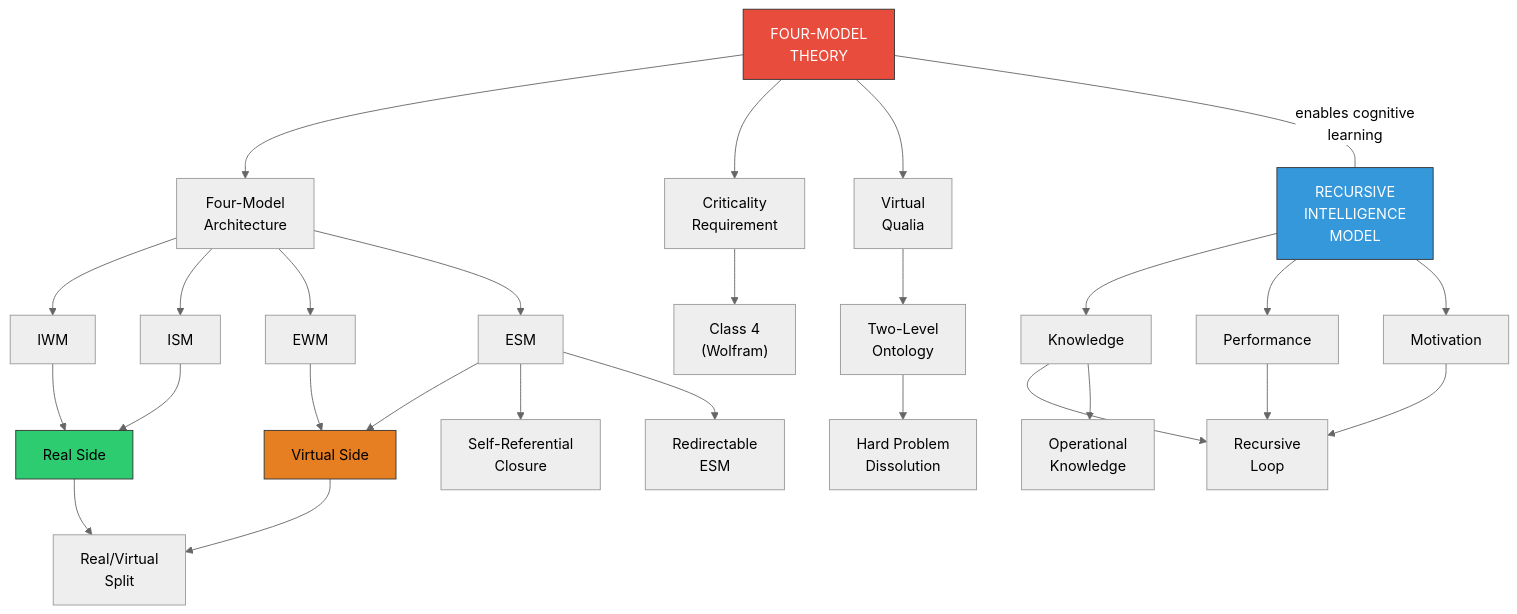
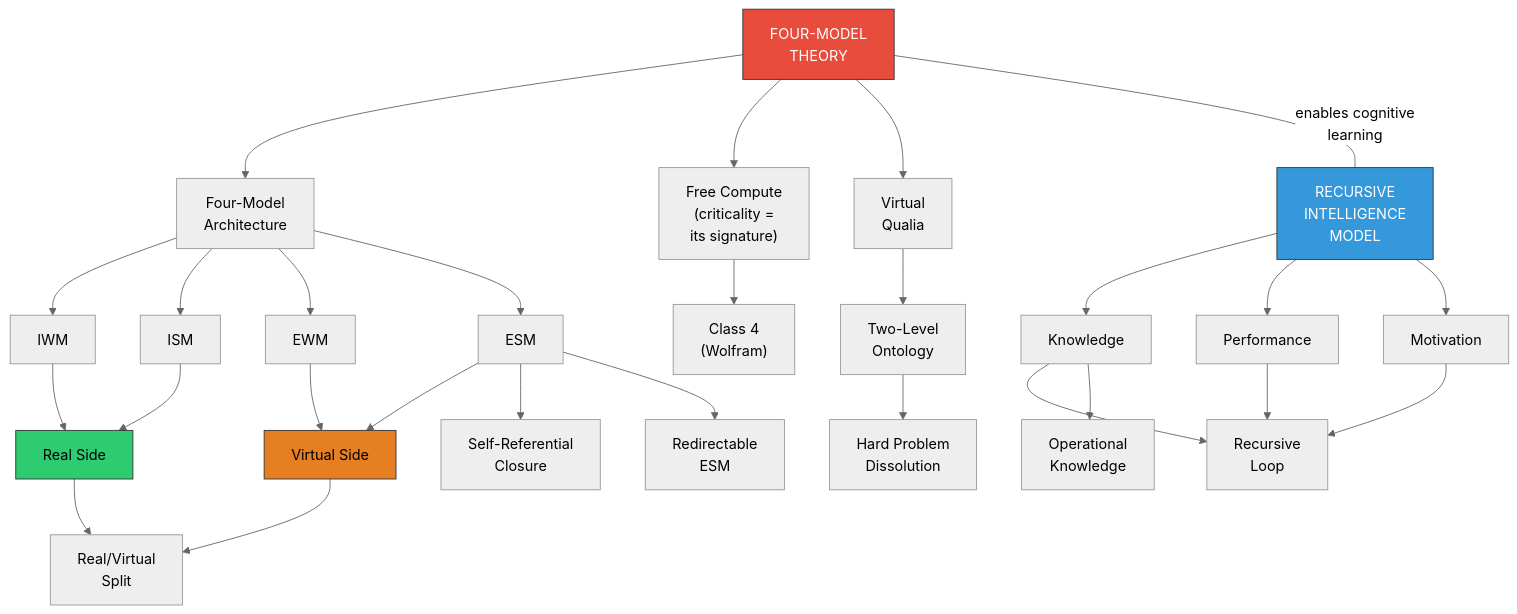
The diagram in wiki/reference/glossary.md (JeltzProstetnic/aIware), drawn with Mermaid (neutral theme) before and after one commit. The commit also changed other lines of this file and 13 other files, not shown here.

First line of the commit message:
S275 cont shutdown: FMT wiki refresh AIW-27 pt1 shipped (10 files, free-compute reframe + SMoC 'leading candidate') + pt2 handoff

````diff
--- a/wiki/reference/glossary.md
+++ b/wiki/reference/glossary.md
@@ -123,37 +126,37 @@
 ```mermaid
 graph TD
     FMT["FOUR-MODEL<br/>THEORY"] --> ARCH["Four-Model<br/>Architecture"]
-    FMT --> CRIT["Criticality<br/>Requirement"]
+    FMT --> CRIT["Free Compute<br/>(criticality =<br/>its signature)"]
     FMT --> VQ["Virtual<br/>Qualia"]
 
     ARCH --> IWM["IWM"]
     ARCH --> ISM["ISM"]
     ARCH --> EWM["EWM"]
     ARCH --> ESM["ESM"]
 
     IWM & ISM --> REAL["Real Side"]
     EWM & ESM --> VIRT["Virtual Side"]
     REAL & VIRT --> SPLIT["Real/Virtual<br/>Split"]
 
     VQ --> TLO["Two-Level<br/>Ontology"]
     TLO --> HP["Hard Problem<br/>Dissolution"]
 
     CRIT --> W4["Class 4<br/>(Wolfram)"]
 
     ESM --> SRC["Self-Referential<br/>Closure"]
     ESM --> RED["Redirectable<br/>ESM"]
 
     RIM["RECURSIVE<br/>INTELLIGENCE<br/>MODEL"] --> K["Knowledge"]
     RIM --> P["Performance"]
     RIM --> M["Motivation"]
 
     K & P & M --> LOOP["Recursive<br/>Loop"]
     K --> OK["Operational<br/>Knowledge"]
 
     FMT ---|"enables cognitive<br/>learning"| RIM
 
     style FMT fill:#e74c3c,stroke:#333,color:#fff
     style RIM fill:#3498db,stroke:#333,color:#fff
     style REAL fill:#2ecc71,stroke:#333
     style VIRT fill:#e67e22,stroke:#333
 ```
````
